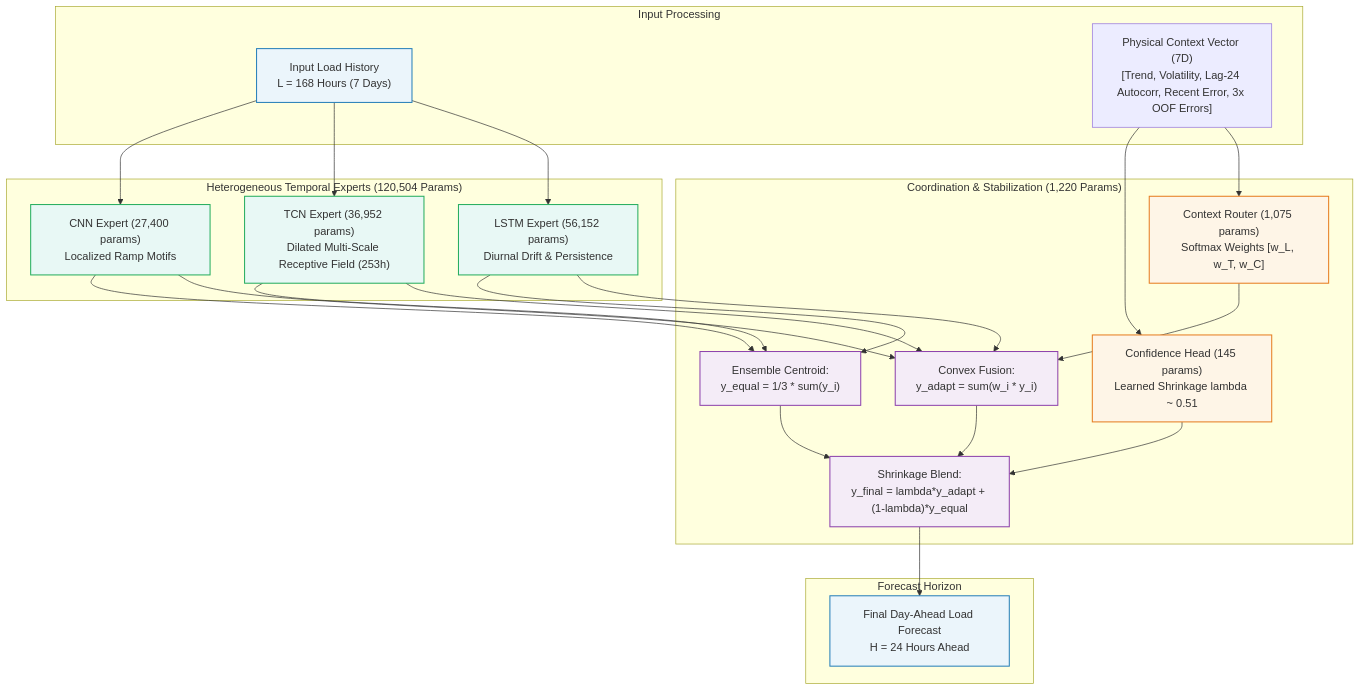
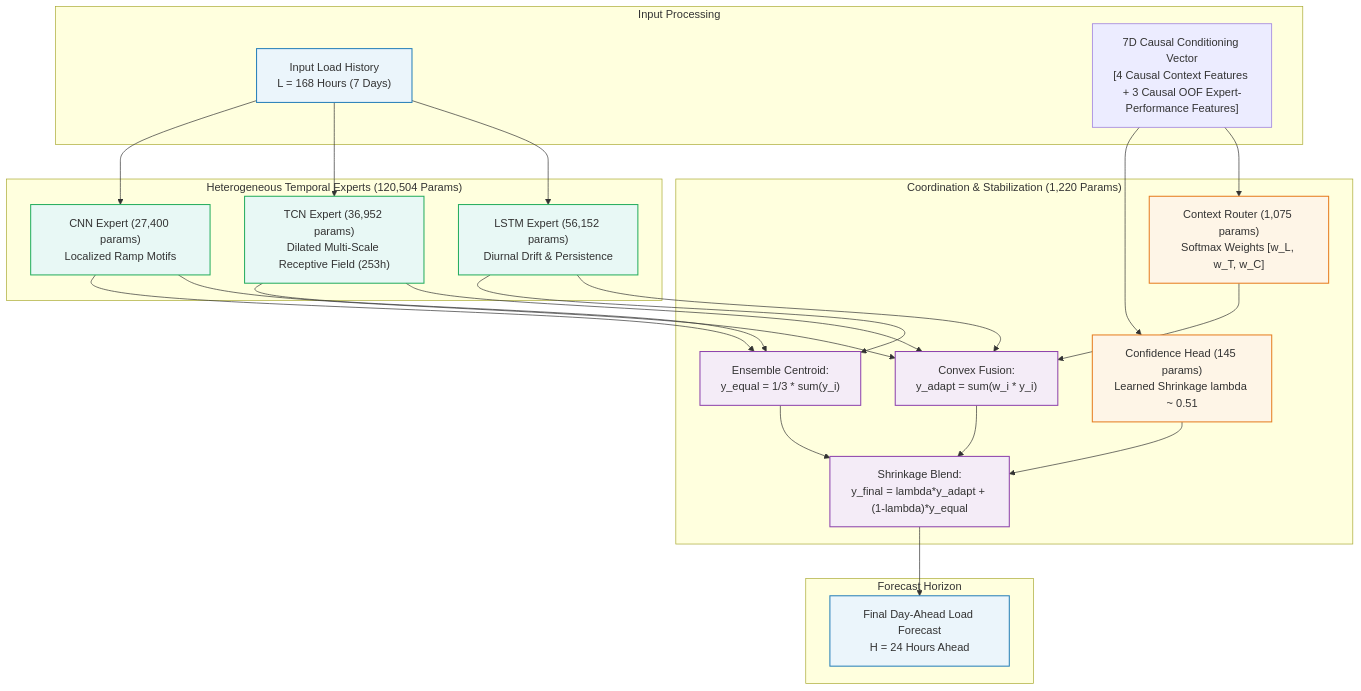
The diagram in README.md (vinay-0208/CAEGNET), drawn with Mermaid before and after one commit. The commit also changed other lines of this file and 8 other files, not shown here.

````diff
--- a/README.md
+++ b/README.md
@@ -69,53 +69,53 @@
 ```mermaid
 graph TD
     subgraph Inputs ["Input Processing"]
         X["Input Load History<br/>L = 168 Hours (7 Days)"]
-        Ctx["Physical Context Vector (7D)<br/>[Trend, Volatility, Lag-24 Autocorr, Recent Error, 3x OOF Errors]"]
+        Ctx["7D Causal Conditioning Vector<br/>[4 Causal Context Features + 3 Causal OOF Expert-Performance Features]"]
     end
 
     subgraph Experts ["Heterogeneous Temporal Experts (120,504 Params)"]
         LSTM["LSTM Expert (56,152 params)<br/>Diurnal Drift & Persistence"]
         TCN["TCN Expert (36,952 params)<br/>Dilated Multi-Scale Receptive Field (253h)"]
         CNN["CNN Expert (27,400 params)<br/>Localized Ramp Motifs"]
     end
 
     subgraph Gating ["Coordination & Stabilization (1,220 Params)"]
         Router["Context Router (1,075 params)<br/>Softmax Weights [w_L, w_T, w_C]"]
         AdaptiveComb["Convex Fusion:<br/>y_adapt = sum(w_i * y_i)"]
         Centroid["Ensemble Centroid:<br/>y_equal = 1/3 * sum(y_i)"]
         ConfHead["Confidence Head (145 params)<br/>Learned Shrinkage lambda ~ 0.51"]
         FinalComb["Shrinkage Blend:<br/>y_final = lambda*y_adapt + (1-lambda)*y_equal"]
     end
 
     subgraph Output ["Forecast Horizon"]
         Y["Final Day-Ahead Load Forecast<br/>H = 24 Hours Ahead"]
     end
 
     X --> LSTM
     X --> TCN
     X --> CNN
     Ctx --> Router
     LSTM --> AdaptiveComb
     TCN --> AdaptiveComb
     CNN --> AdaptiveComb
     Router --> AdaptiveComb
 
     LSTM --> Centroid
     TCN --> Centroid
     CNN --> Centroid
 
     AdaptiveComb --> FinalComb
     Centroid --> FinalComb
     Ctx --> ConfHead
     ConfHead --> FinalComb
     FinalComb --> Y
 
     classDef blue fill:#EBF5FB,stroke:#2980B9,stroke-width:1.5px;
     classDef green fill:#E8F8F5,stroke:#27AE60,stroke-width:1.5px;
     classDef orange fill:#FEF5E7,stroke:#E67E22,stroke-width:1.5px;
     classDef purple fill:#F4ECF7,stroke:#8E44AD,stroke-width:1.5px;
     class X,Y blue;
     class LSTM,TCN,CNN green;
     class Router,ConfHead orange;
     class AdaptiveComb,Centroid,FinalComb purple;
 ```
````
